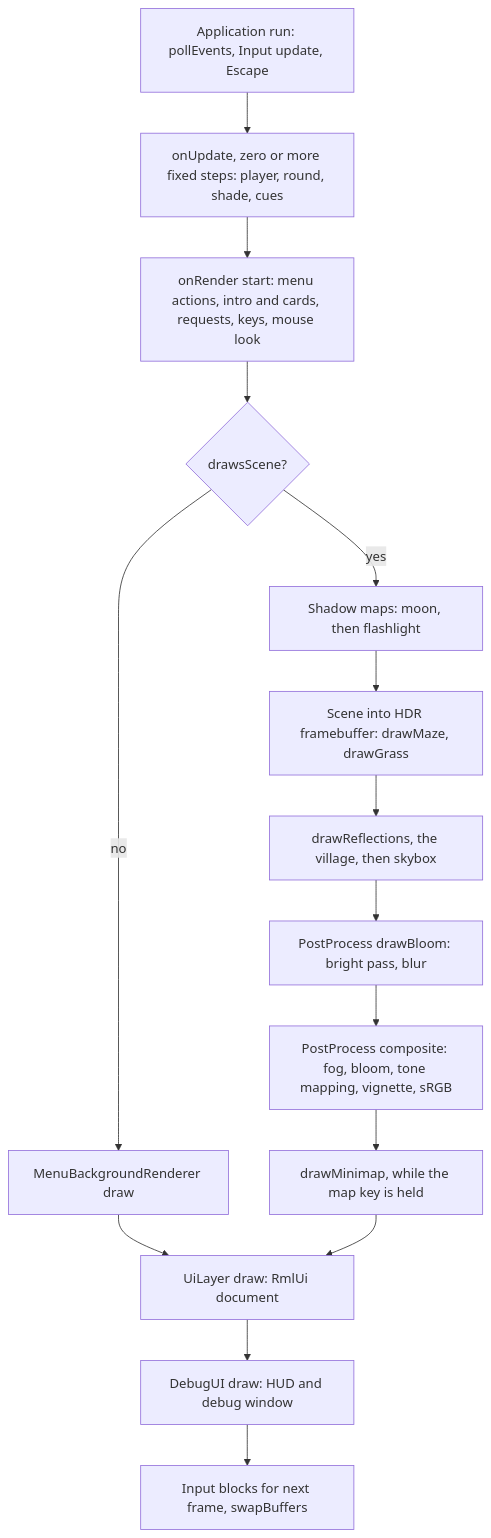
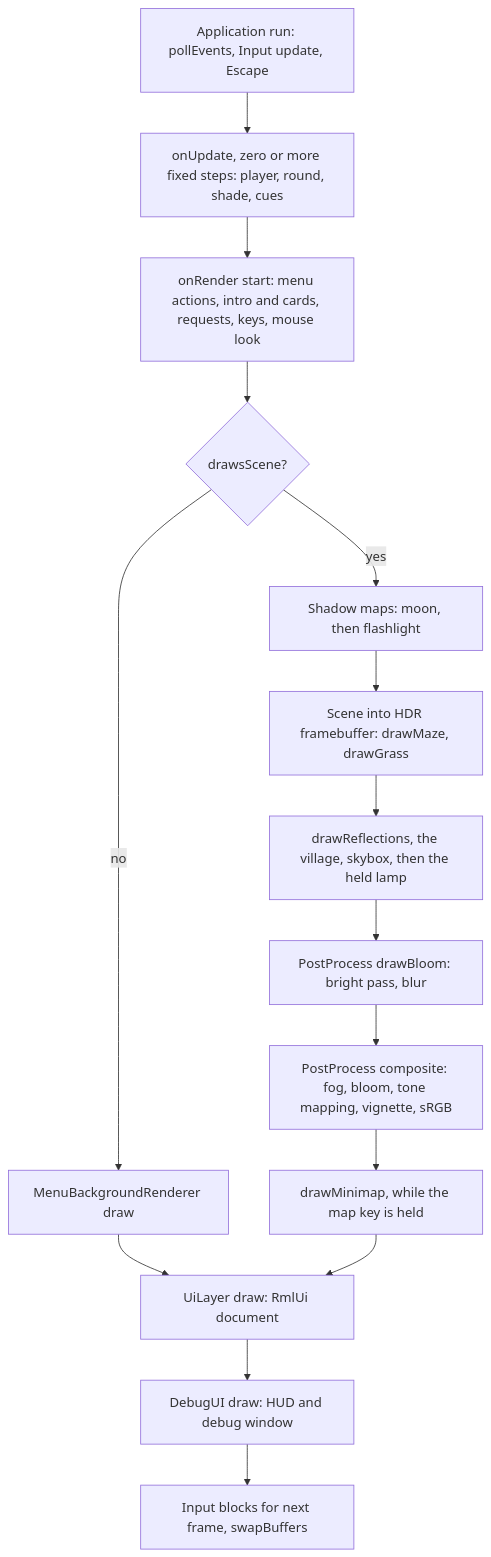
Before and after one commit to Shironex/night-maze: the second of 2 diagrams in docs/architecture.md, drawn with Mermaid. The commit also changed other lines of this file, not shown here.

Commit message:
docs(architecture): name the pass of the held lamp in the frame

````diff
--- a/docs/architecture.md
+++ b/docs/architecture.md
@@ -128,22 +128,22 @@
 ```mermaid
 flowchart TD
     poll["Application run: pollEvents, Input update, Escape"]
     update["onUpdate, zero or more fixed steps: player, round, shade, cues"]
     events["onRender start: menu actions, intro and cards, requests, keys, mouse look"]
     check{"drawsScene?"}
     background["MenuBackgroundRenderer draw"]
     shadows["Shadow maps: moon, then flashlight"]
     scene["Scene into HDR framebuffer: drawMaze, drawGrass"]
-    reflect["drawReflections, the village, then skybox"]
+    reflect["drawReflections, the village, skybox, then the held lamp"]
     bloom["PostProcess drawBloom: bright pass, blur"]
     composite["PostProcess composite: fog, bloom, tone mapping, vignette, sRGB"]
     map["drawMinimap, while the map key is held"]
     rml["UiLayer draw: RmlUi document"]
     imgui["DebugUI draw: HUD and debug window"]
     swap["Input blocks for next frame, swapBuffers"]
 
     poll --> update --> events --> check
     check -->|no| background --> rml
     check -->|yes| shadows --> scene --> reflect --> bloom --> composite --> map --> rml
     rml --> imgui --> swap
 ```
````
